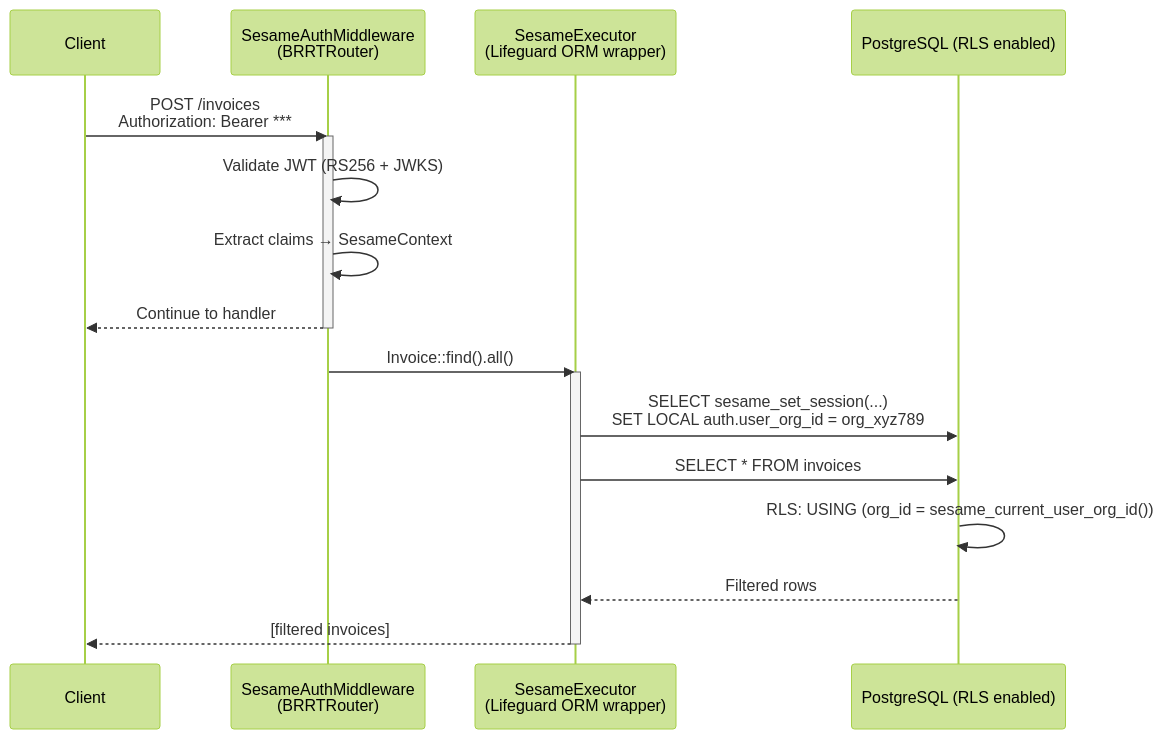
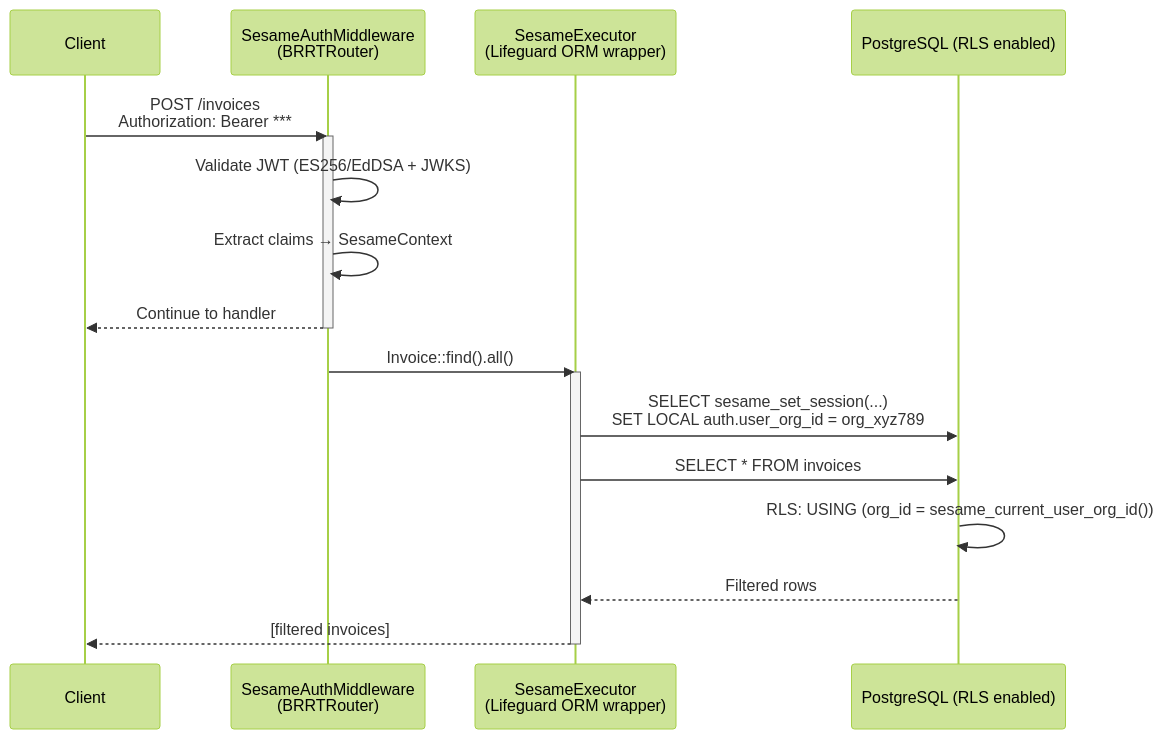
Before and after one commit to microscaler/sesame-idam: diagram 14 of 14 in docs/design-doc.md, drawn with Mermaid (forest theme). The commit also changed other lines of this file and 52 other files, not shown here.

````diff
--- a/docs/design-doc.md
+++ b/docs/design-doc.md
@@ -1088,21 +1177,21 @@
 ```mermaid
 sequenceDiagram
     participant Client as Client
     participant Mid as SesameAuthMiddleware<br/>(BRRTRouter)
     participant SE as SesameExecutor<br/>(Lifeguard ORM wrapper)
     participant DB as PostgreSQL (RLS enabled)
     Client->>Mid: POST /invoices<br/>Authorization: Bearer ***
     activate Mid
-    Mid->>Mid: Validate JWT (RS256 + JWKS)
+    Mid->>Mid: Validate JWT (ES256/EdDSA + JWKS)
     Mid->>Mid: Extract claims → SesameContext
     Mid-->>Client: Continue to handler
     deactivate Mid
     Mid->>SE: Invoice::find().all()
     activate SE
     SE->>DB: SELECT sesame_set_session(...)<br/>SET LOCAL auth.user_org_id = org_xyz789
     SE->>DB: SELECT * FROM invoices
     DB->>DB: RLS: USING (org_id = sesame_current_user_org_id())
     DB-->>SE: Filtered rows
     SE-->>Client: [filtered invoices]
     deactivate SE
 ```
````
